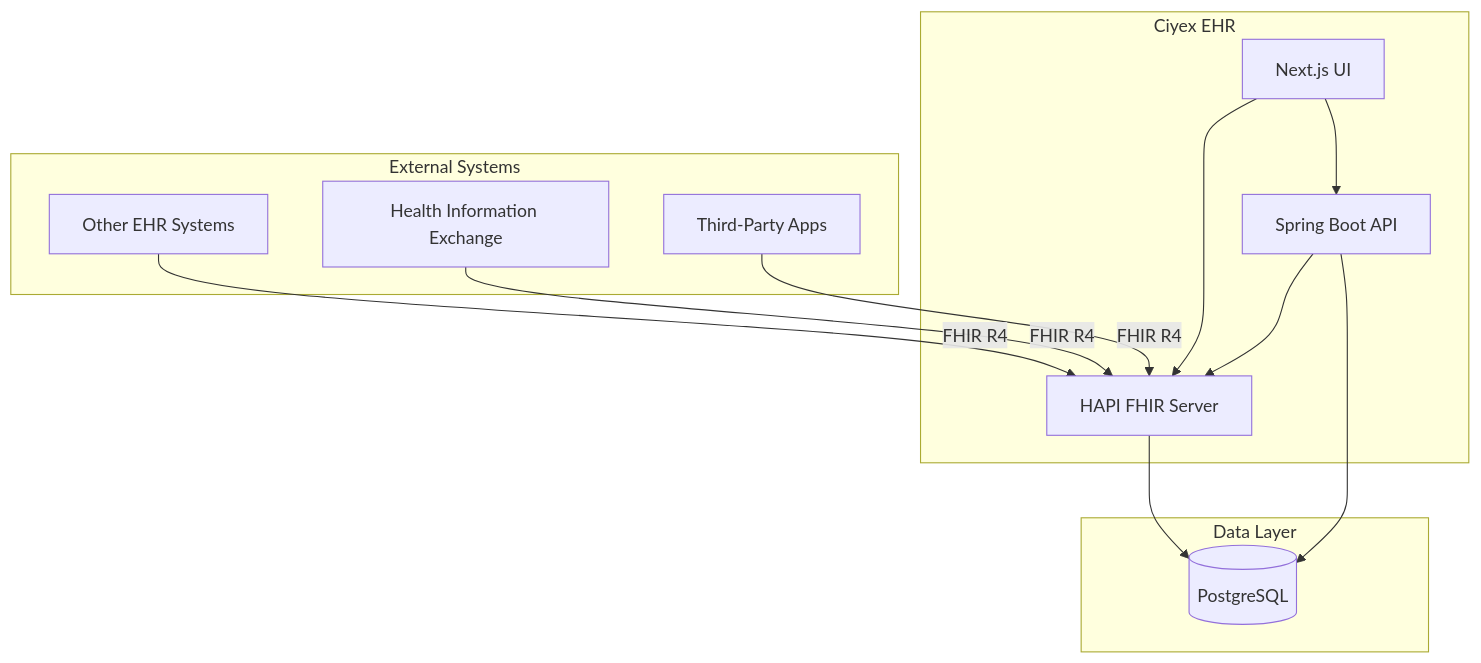
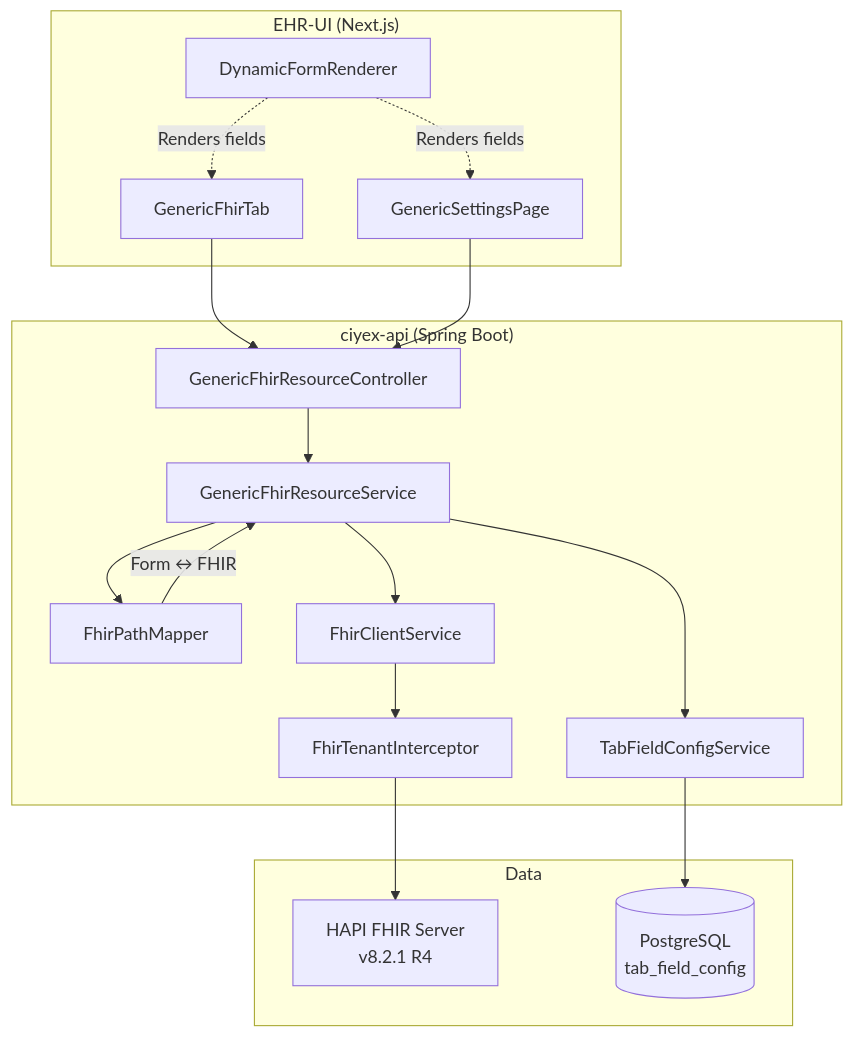
The diagram in docs/architecture/fhir-integration.md (ciyex-org/ciyex-org-web), drawn with Mermaid before and after one commit. The commit also changed other lines of this file and 10 other files, not shown here.

First line of the commit message:
Update documentation to reflect actual ciyex-api codebase

````diff
--- a/docs/architecture/fhir-integration.md
+++ b/docs/architecture/fhir-integration.md
@@ -11,27 +13,35 @@
 ```mermaid
 graph TB
-    subgraph "External Systems"
-        EHR[Other EHR Systems]
-        HIE[Health Information Exchange]
-        APP[Third-Party Apps]
+    subgraph "EHR-UI (Next.js)"
+        FORM[DynamicFormRenderer]
+        TAB[GenericFhirTab]
+        SET[GenericSettingsPage]
     end
-    
-    subgraph "Ciyex EHR"
-        UI[Next.js UI]
-        API[Spring Boot API]
-        FHIR[HAPI FHIR Server]
+
+    subgraph "ciyex-api (Spring Boot)"
+        CTRL[GenericFhirResourceController]
+        SVC[GenericFhirResourceService]
+        MAP[FhirPathMapper]
+        TFC[TabFieldConfigService]
+        CLIENT[FhirClientService]
+        TENANT[FhirTenantInterceptor]
     end
-    
-    subgraph "Data Layer"
-        DB[(PostgreSQL)]
+
+    subgraph "Data"
+        FHIR[HAPI FHIR Server<br/>v8.2.1 R4]
+        PG[(PostgreSQL<br/>tab_field_config)]
     end
-    
-    EHR -->|FHIR R4| FHIR
-    HIE -->|FHIR R4| FHIR
-    APP -->|FHIR R4| FHIR
-    UI --> API
-    UI --> FHIR
-    API --> FHIR
-    FHIR --> DB
-    API --> DB
+
+    TAB --> CTRL
+    SET --> CTRL
+    CTRL --> SVC
+    SVC --> TFC
+    TFC --> PG
+    SVC --> MAP
+    SVC --> CLIENT
+    CLIENT --> TENANT
+    TENANT --> FHIR
+    MAP -->|Form ↔ FHIR| SVC
+    FORM -.->|Renders fields| TAB
+    FORM -.->|Renders fields| SET
 ```
````
